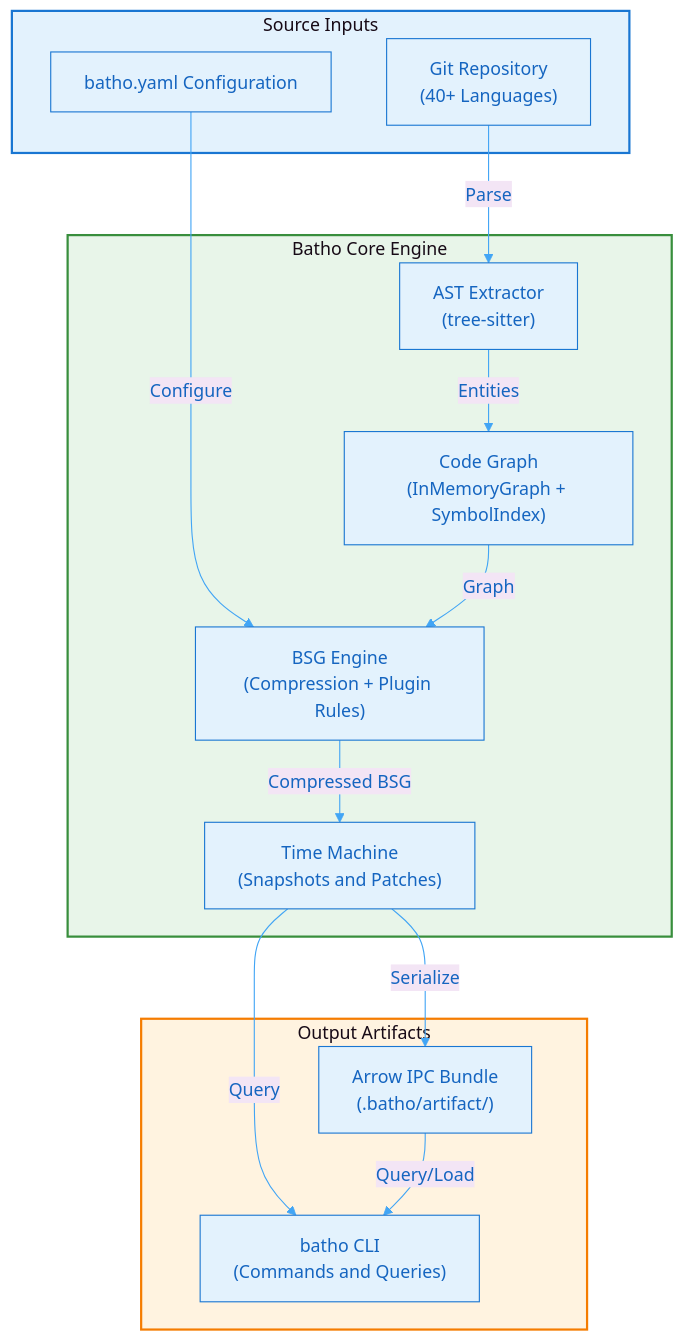
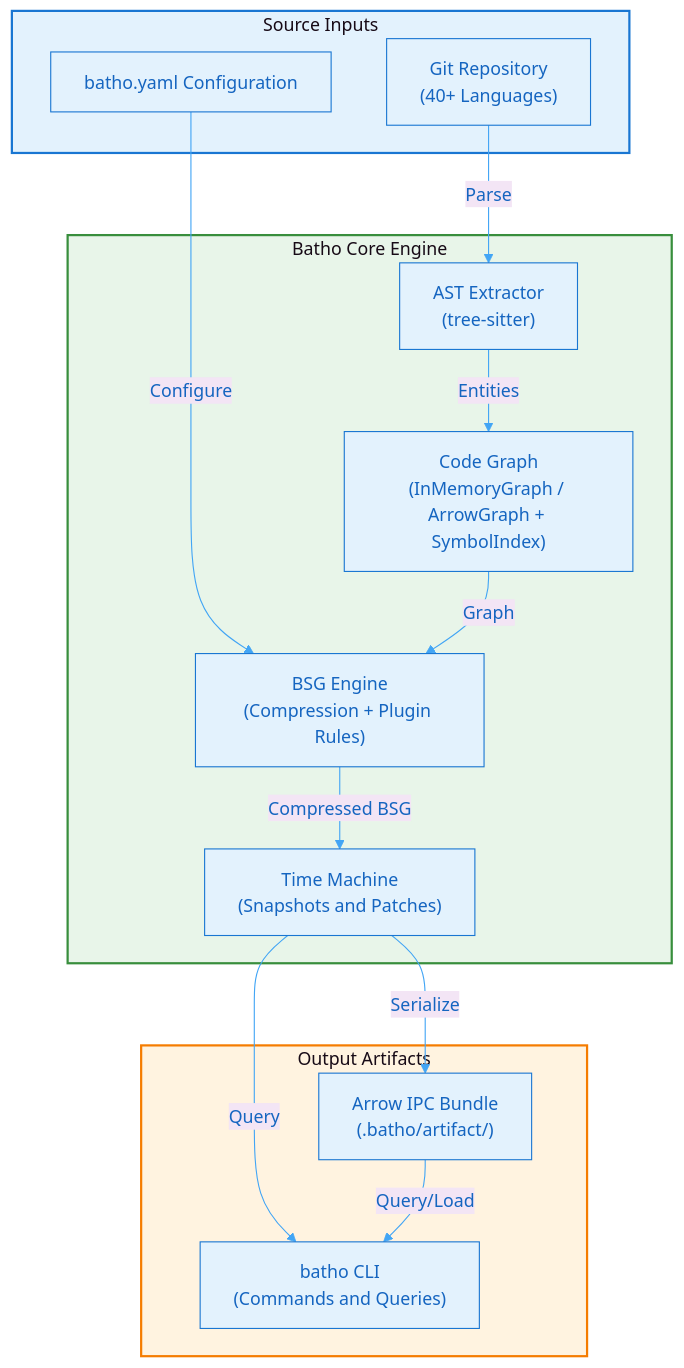
The diagram in docs-site/docs/whitepaper/index.md (sageoz/Batho), drawn with Mermaid before and after one commit. The commit also changed other lines of this file and 22 other files, not shown here.

````diff
--- a/docs-site/docs/whitepaper/index.md
+++ b/docs-site/docs/whitepaper/index.md
@@ -39,33 +39,33 @@
 ```mermaid
 %%{init: {'theme': 'base', 'themeVariables': { 'primaryColor': '#e3f2fd', 'primaryTextColor': '#1565c0', 'primaryBorderColor': '#1976d2', 'lineColor': '#42a5f5', 'secondaryColor': '#f3e5f5', 'tertiaryColor': '#e8f5e9'}}}%%
 flowchart TB
     subgraph Input["Source Inputs"]
         REPO["Git Repository<br/>(40+ Languages)"]
         CFG["batho.yaml Configuration"]
     end
 
     subgraph Engine["Batho Core Engine"]
         EX["AST Extractor<br/>(tree-sitter)"]
-        CG["Code Graph<br/>(InMemoryGraph + SymbolIndex)"]
+        CG["Code Graph<br/>(InMemoryGraph / ArrowGraph + SymbolIndex)"]
         BSG["BSG Engine<br/>(Compression + Plugin Rules)"]
         TM["Time Machine<br/>(Snapshots and Patches)"]
     end
 
     subgraph Output["Output Artifacts"]
         CLI["batho CLI<br/>(Commands and Queries)"]
         BUNDLE["Arrow IPC Bundle<br/>(.batho/artifact/)"]
     end
 
     REPO -->|"Parse"| EX
     CFG -->|"Configure"| BSG
     EX -->|"Entities"| CG
     CG -->|"Graph"| BSG
     BSG -->|"Compressed BSG"| TM
     TM -->|"Query"| CLI
     TM -->|"Serialize"| BUNDLE
     BUNDLE -->|"Query/Load"| CLI
 
     style Input fill:#e3f2fd,stroke:#1976d2,stroke-width:2px
     style Engine fill:#e8f5e9,stroke:#388e3c,stroke-width:2px
     style Output fill:#fff3e0,stroke:#f57c00,stroke-width:2px
 ```
````
